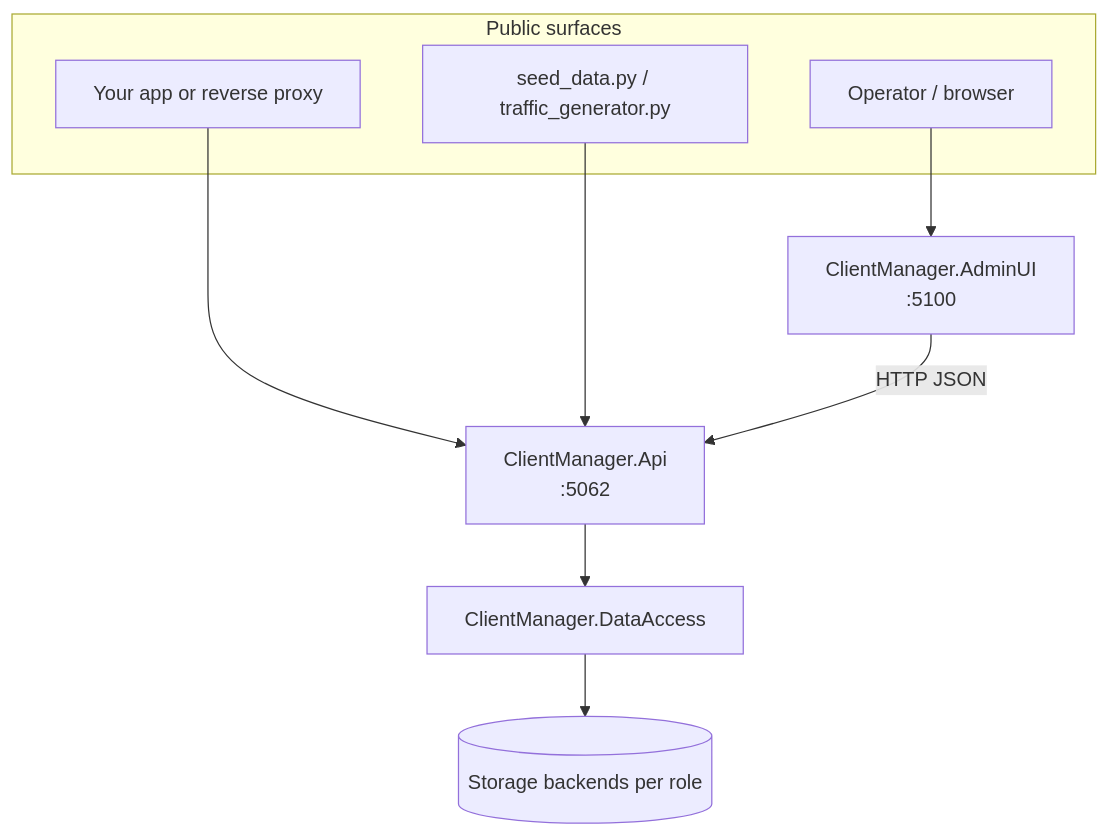
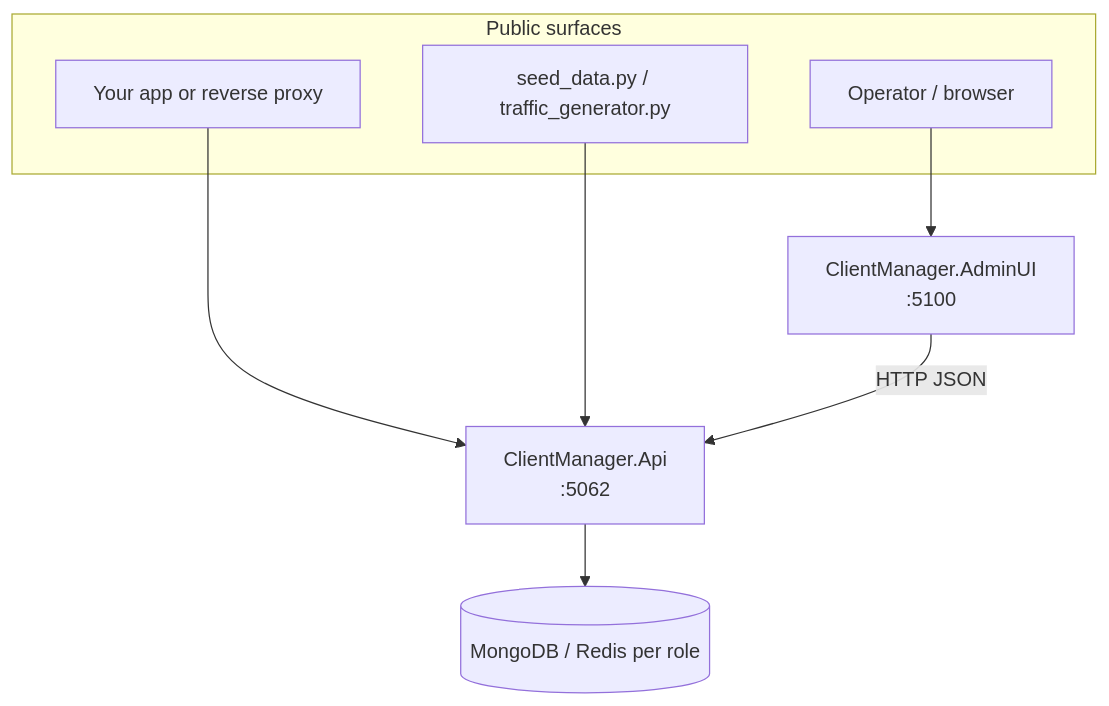
One commit to ShaharMS/ClientManager changed the diagram in docs/core/architecture.md. Above: the diagram before and after it, drawn with Mermaid. The commit also changed other lines of this file and 74 other files, not shown here.

First line of the commit message:
Add regression tests and update ops docs for lean architecture.

````diff
--- a/docs/core/architecture.md
+++ b/docs/core/architecture.md
@@ -16,15 +15,14 @@
 ```mermaid
 flowchart TD
     subgraph surfaces[Public surfaces]
         operator[Operator / browser]
         integrator[Your app or reverse proxy]
         scripts[seed_data.py / traffic_generator.py]
     end
 
     operator --> ui[ClientManager.AdminUI<br/>:5100]
     integrator --> api[ClientManager.Api<br/>:5062]
     scripts --> api
     ui -->|HTTP JSON| api
-    api --> da[ClientManager.DataAccess]
-    da --> store[(Storage backends per role)]
+    api --> store[(MongoDB / Redis per role)]
 ```
````
